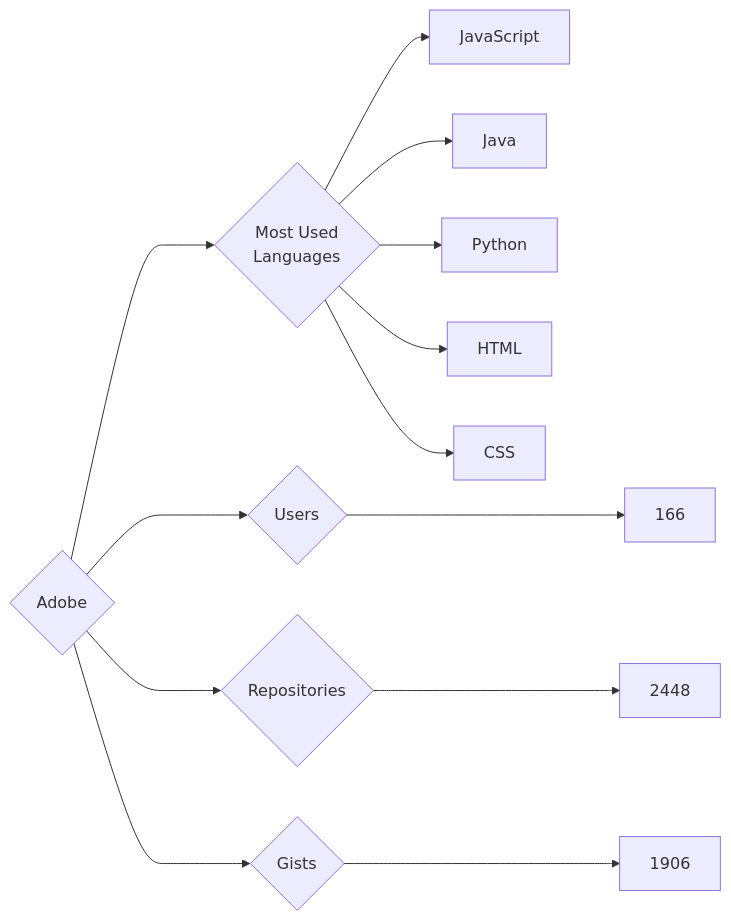
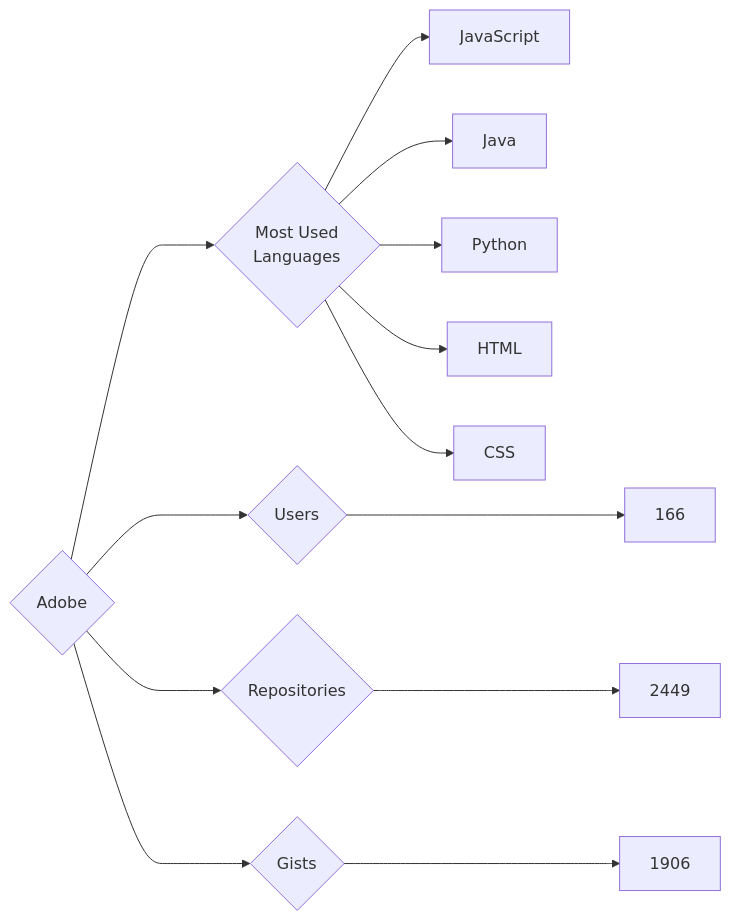
The diagram in targets/Adobe/README.md (trickest/insiders), drawn with Mermaid before and after one commit. The commit also changed 440 other files, not shown here.

````diff
--- a/targets/Adobe/README.md
+++ b/targets/Adobe/README.md
@@ -3,13 +3,13 @@
 ```mermaid
 graph LR
 COMPANY_NAME{Adobe}
 COMPANY_NAME ---> U{Users} ---> UN[166]
-COMPANY_NAME ---> R{Repositories} ---> RN[2448]
+COMPANY_NAME ---> R{Repositories} ---> RN[2449]
 COMPANY_NAME ---> G{Gists} ---> GN[1906]
 COMPANY_NAME ---> ML{Most Used<br>Languages}
 ML --> JavaScript[JavaScript]
 ML --> Java[Java]
 ML --> Python[Python]
 ML --> HTML[HTML]
 ML --> CSS[CSS]
 ```
````
